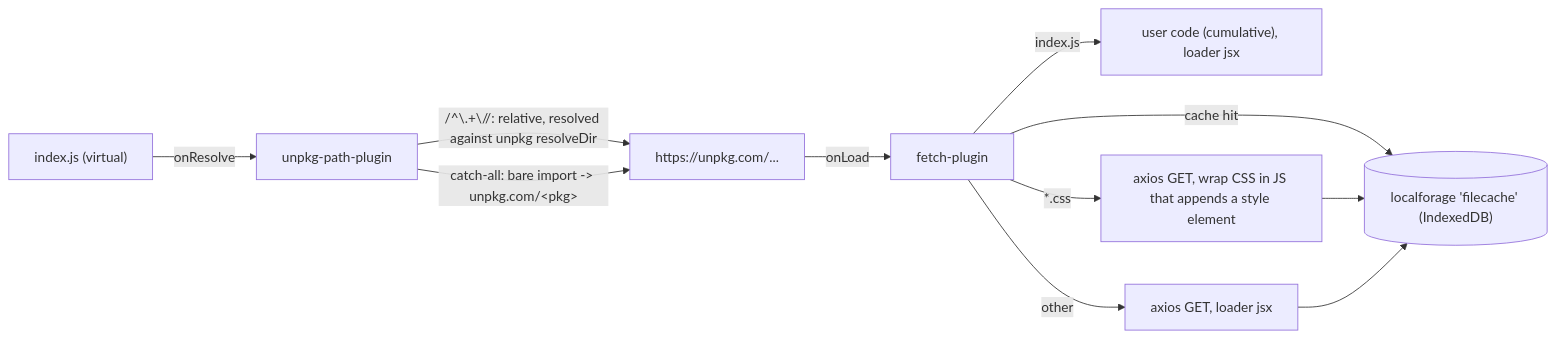
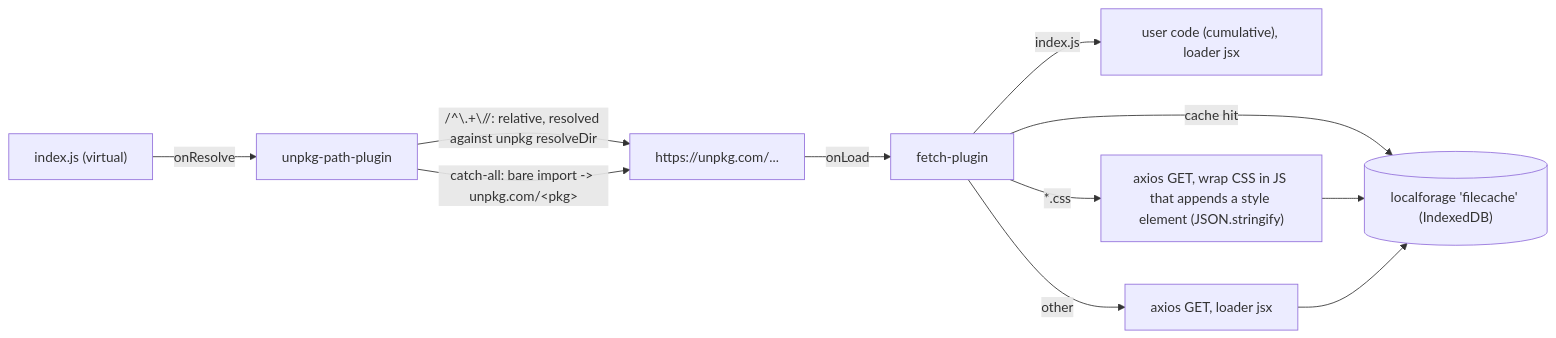
Before and after one commit to AnthonyFlowers/js-browser: the third of 3 diagrams in docs/architecture.md, drawn with Mermaid. The commit also changed other lines of this file and 10 other files, not shown here.

````diff
--- a/docs/architecture.md
+++ b/docs/architecture.md
@@ -102,13 +103,13 @@
 ```mermaid
 graph LR
   Entry["index.js (virtual)"] -->|onResolve| R1["unpkg-path-plugin"]
   R1 -->|"/^\.+\//: relative, resolved against unpkg resolveDir"| U["https://unpkg.com/..."]
   R1 -->|"catch-all: bare import -> unpkg.com/&lt;pkg&gt;"| U
   U -->|onLoad| F["fetch-plugin"]
   F -->|index.js| Raw["user code (cumulative), loader jsx"]
   F -->|cache hit| LF[("localforage 'filecache' (IndexedDB)")]
-  F -->|*.css| CSS["axios GET, wrap CSS in JS that appends a style element"]
+  F -->|*.css| CSS["axios GET, wrap CSS in JS that appends a style element (JSON.stringify)"]
   F -->|other| JS["axios GET, loader jsx"]
   CSS --> LF
   JS --> LF
 ```
````
